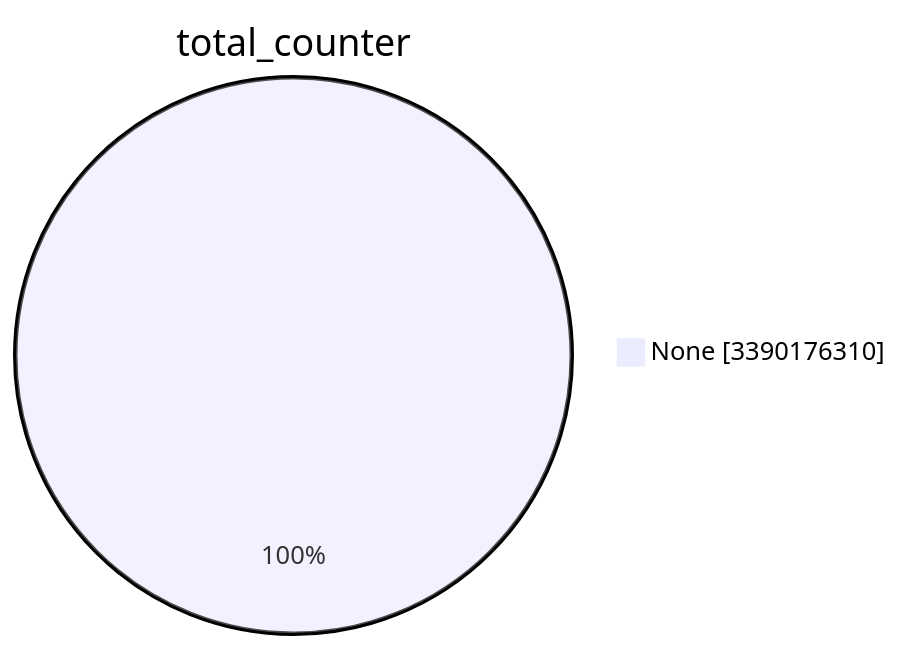
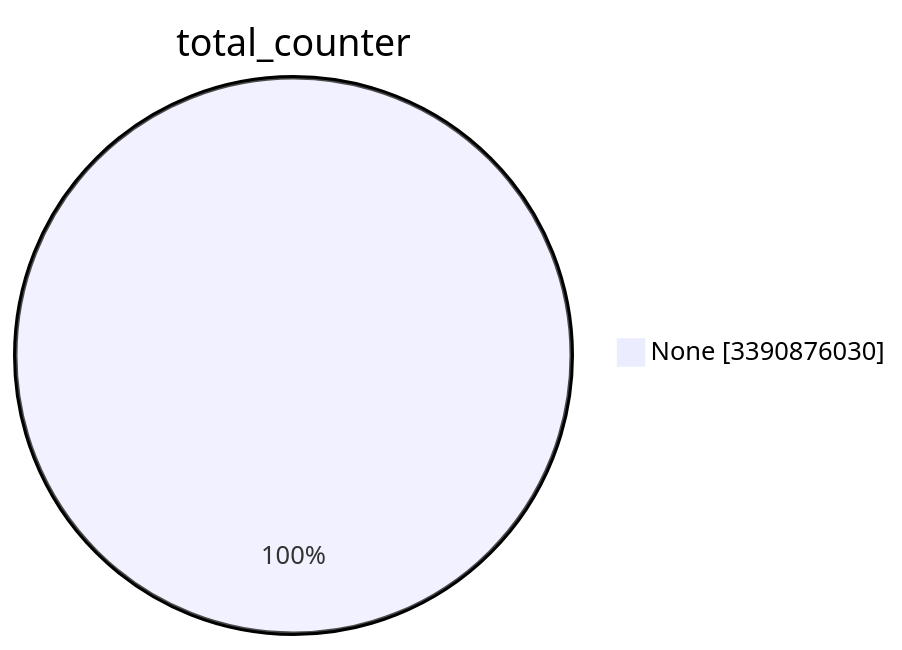
The first of 15 diagrams in TOTAL/README.md (christiankrug/ctmonitor_visualization), drawn with Mermaid before and after one commit. The commit also changed other lines of this file, not shown here.

````diff
--- a/TOTAL/README.md
+++ b/TOTAL/README.md
@@ -1,5 +1,5 @@
 ```mermaid
 pie showData
 title total_counter
-"None" :3390176310
+"None" :3390876030
 ```
````
